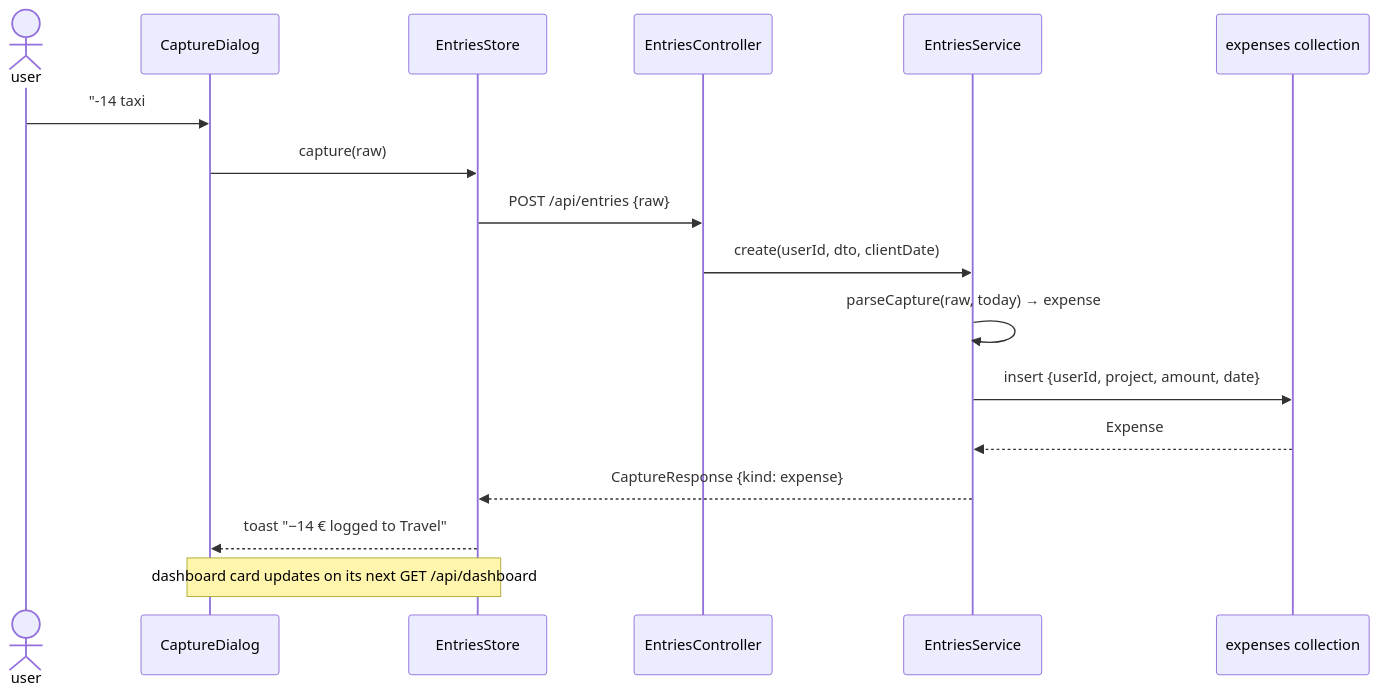
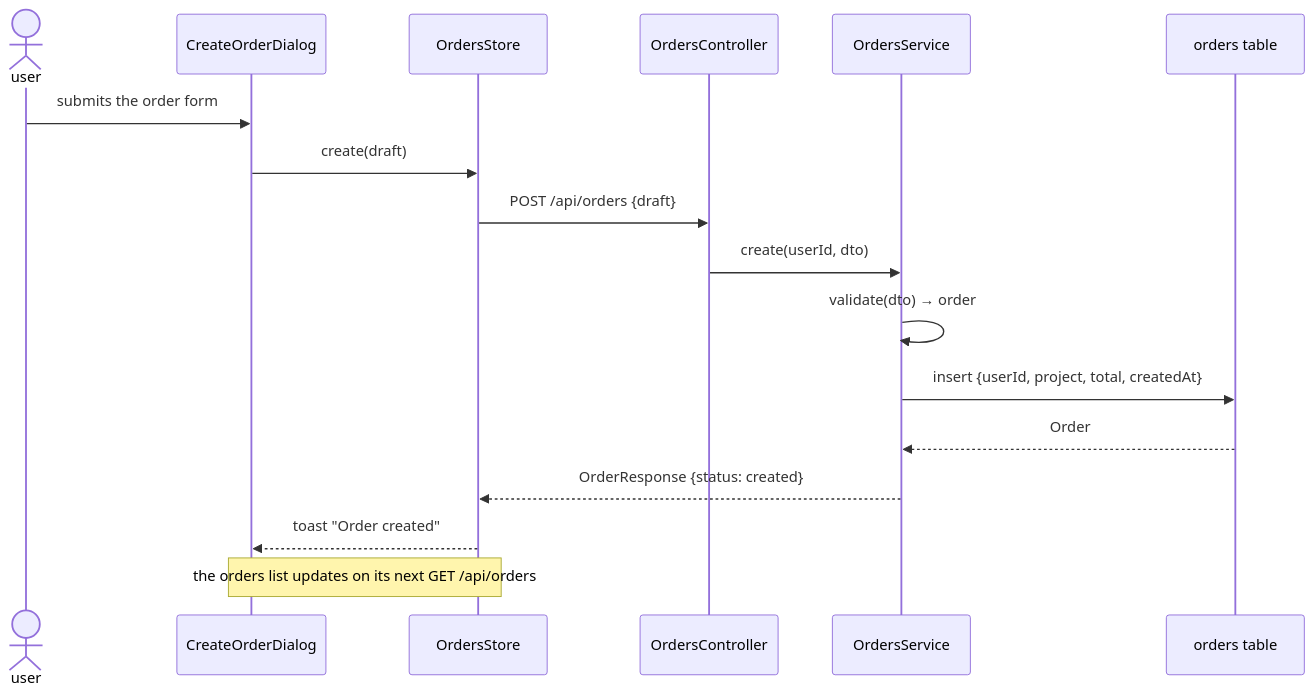
One commit to AndriiSiuta/tether changed the second of 3 diagrams in plugins/tether-nx/skills/drawing-architecture-diagrams/references/templates.md. Above: the diagram before and after it, drawn with Mermaid. The commit also changed other lines of this file and 11 other files, not shown here.

````diff
--- a/plugins/tether-nx/skills/drawing-architecture-diagrams/references/templates.md
+++ b/plugins/tether-nx/skills/drawing-architecture-diagrams/references/templates.md
@@ -26,19 +26,19 @@
 ```mermaid
 sequenceDiagram
   actor user
-  participant dialog as CaptureDialog
-  participant store as EntriesStore
-  participant api as EntriesController
-  participant svc as EntriesService
-  participant expenses as expenses collection
-  user->>dialog: "-14 taxi #travel"
-  dialog->>store: capture(raw)
-  store->>api: POST /api/entries {raw}
-  api->>svc: create(userId, dto, clientDate)
-  svc->>svc: parseCapture(raw, today) → expense
-  svc->>expenses: insert {userId, project, amount, date}
-  expenses-->>svc: Expense
-  svc-->>store: CaptureResponse {kind: expense}
-  store-->>dialog: toast "−14 € logged to Travel"
-  Note over dialog,store: dashboard card updates on its next GET /api/dashboard
+  participant dialog as CreateOrderDialog
+  participant store as OrdersStore
+  participant api as OrdersController
+  participant svc as OrdersService
+  participant orders as orders table
+  user->>dialog: submits the order form
+  dialog->>store: create(draft)
+  store->>api: POST /api/orders {draft}
+  api->>svc: create(userId, dto)
+  svc->>svc: validate(dto) → order
+  svc->>orders: insert {userId, project, total, createdAt}
+  orders-->>svc: Order
+  svc-->>store: OrderResponse {status: created}
+  store-->>dialog: toast "Order created"
+  Note over dialog,store: the orders list updates on its next GET /api/orders
 ```
````
